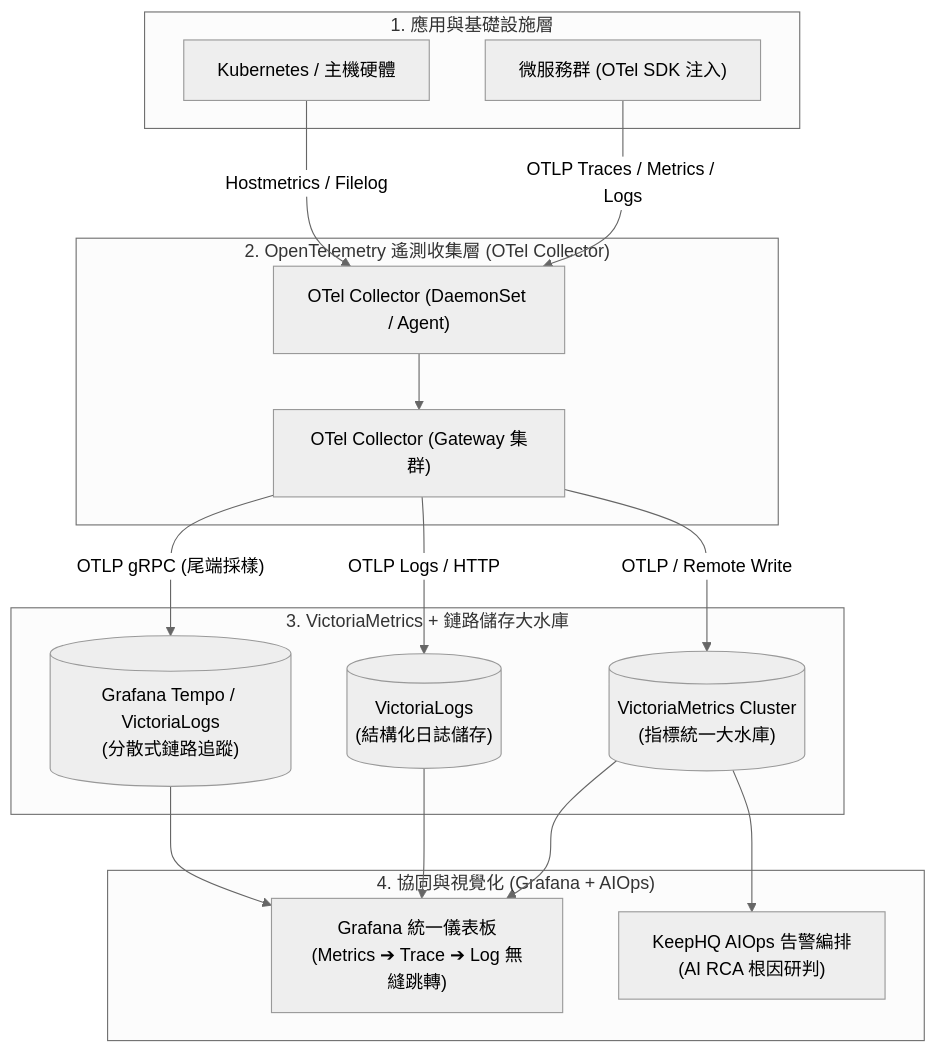
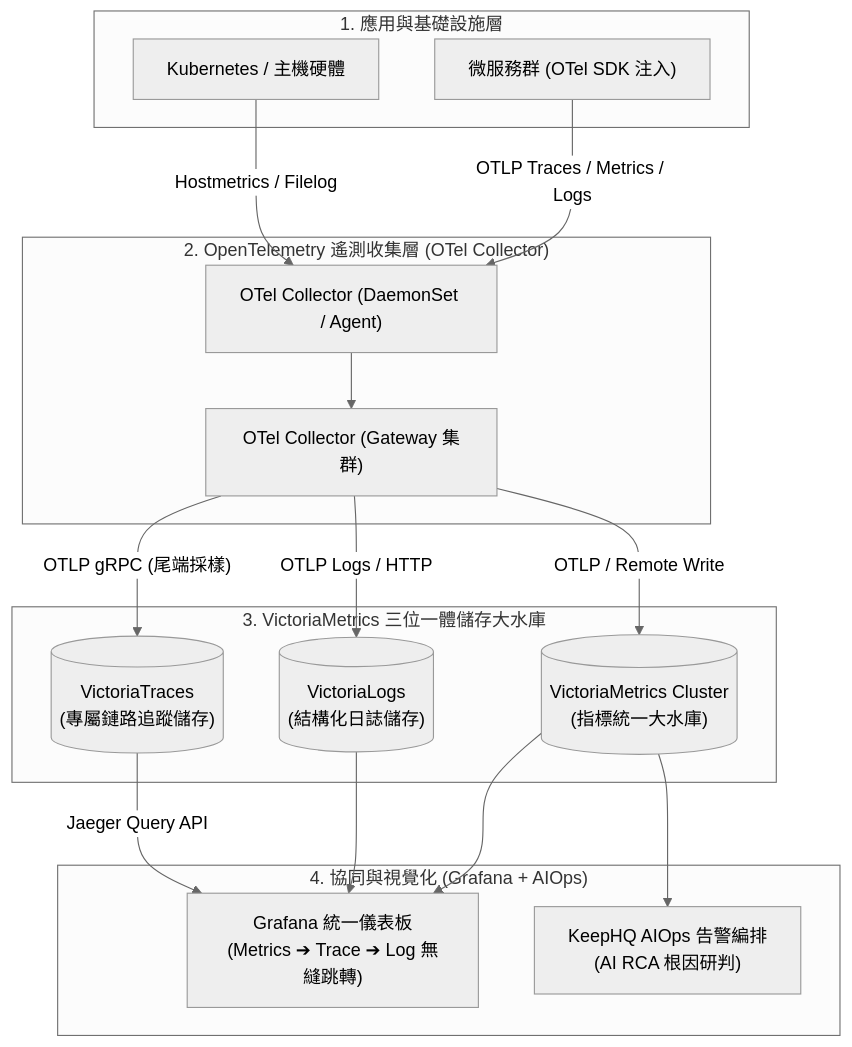
One commit to windcoldchen/windcold-kb changed the third of 4 diagrams in docs/notes/otel-vs-victoriametrics-fullstack.md. Above: the diagram before and after it, drawn with Mermaid (neutral theme). The commit also changed other lines of this file, not shown here.

Commit message:
docs: otel-vs-victoriametrics-fullstack 更新鏈路追蹤組件為 VictoriaTraces (#32)

````diff
--- a/docs/notes/otel-vs-victoriametrics-fullstack.md
+++ b/docs/notes/otel-vs-victoriametrics-fullstack.md
@@ -166,36 +168,36 @@
 ```mermaid
 flowchart TD
     subgraph AppPlane["1. 應用與基礎設施層"]
         App["微服務群 (OTel SDK 注入)"]
         K8s["Kubernetes / 主機硬體"]
     end
 
     subgraph PipelinePlane["2. OpenTelemetry 遙測收集層 (OTel Collector)"]
         OTelAgent["OTel Collector (DaemonSet / Agent)"]
         OTelGW["OTel Collector (Gateway 集群)"]
         
         App -->|"OTLP Traces / Metrics / Logs"| OTelAgent
         K8s -->|"Hostmetrics / Filelog"| OTelAgent
         OTelAgent --> OTelGW
     end
 
-    subgraph StoragePlane["3. VictoriaMetrics + 鏈路儲存大水庫"]
+    subgraph StoragePlane["3. VictoriaMetrics 三位一體儲存大水庫"]
         VMMetrics[("VictoriaMetrics Cluster<br/>(指標統一大水庫)")]
         VMLogs[("VictoriaLogs<br/>(結構化日誌儲存)")]
-        Tempo[("Grafana Tempo / VictoriaLogs<br/>(分散式鏈路追蹤)")]
+        VMTraces[("VictoriaTraces<br/>(專屬鏈路追蹤儲存)")]
         
         OTelGW -->|"OTLP / Remote Write"| VMMetrics
         OTelGW -->|"OTLP Logs / HTTP"| VMLogs
-        OTelGW -->|"OTLP gRPC (尾端採樣)"| Tempo
+        OTelGW -->|"OTLP gRPC (尾端採樣)"| VMTraces
     end
 
     subgraph VisualizationPlane["4. 協同與視覺化 (Grafana + AIOps)"]
         Grafana["Grafana 統一儀表板<br/>(Metrics ➔ Trace ➔ Log 無縫跳轉)"]
         Keep["KeepHQ AIOps 告警編排<br/>(AI RCA 根因研判)"]
         
         VMMetrics --> Grafana
         VMLogs --> Grafana
-        Tempo --> Grafana
+        VMTraces -->|"Jaeger Query API"| Grafana
         VMMetrics --> Keep
     end
 ```
````
